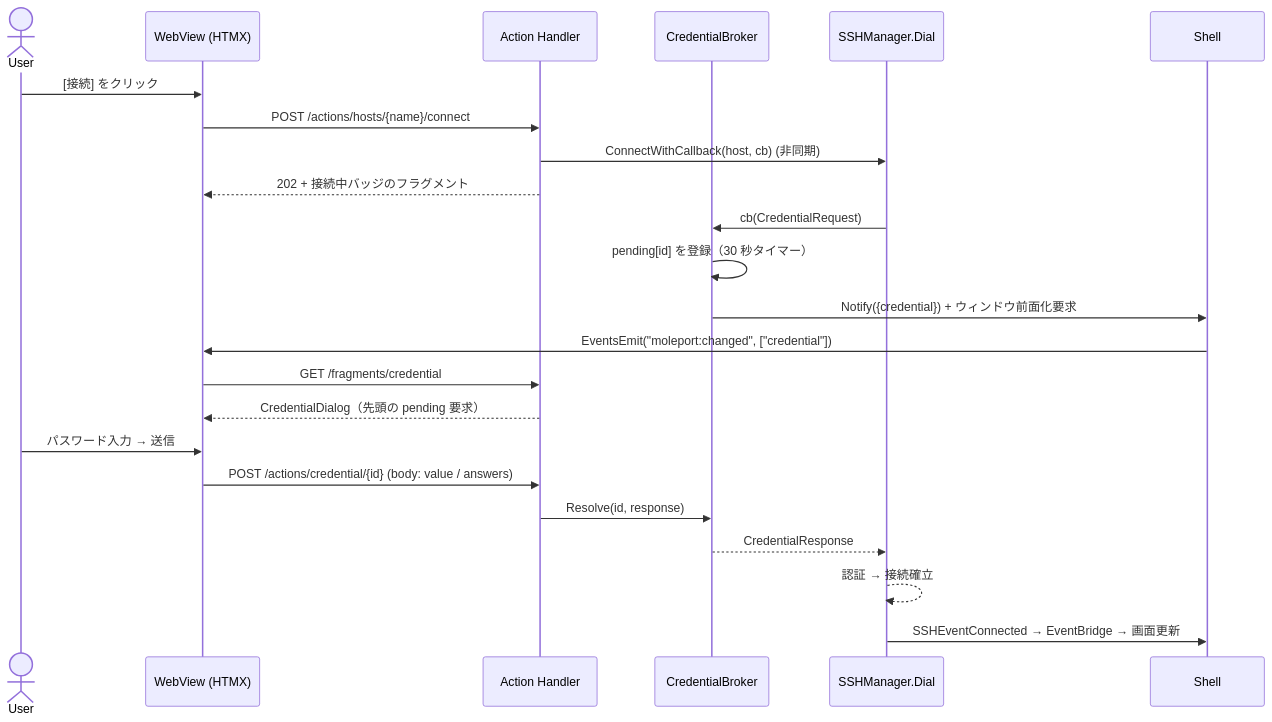
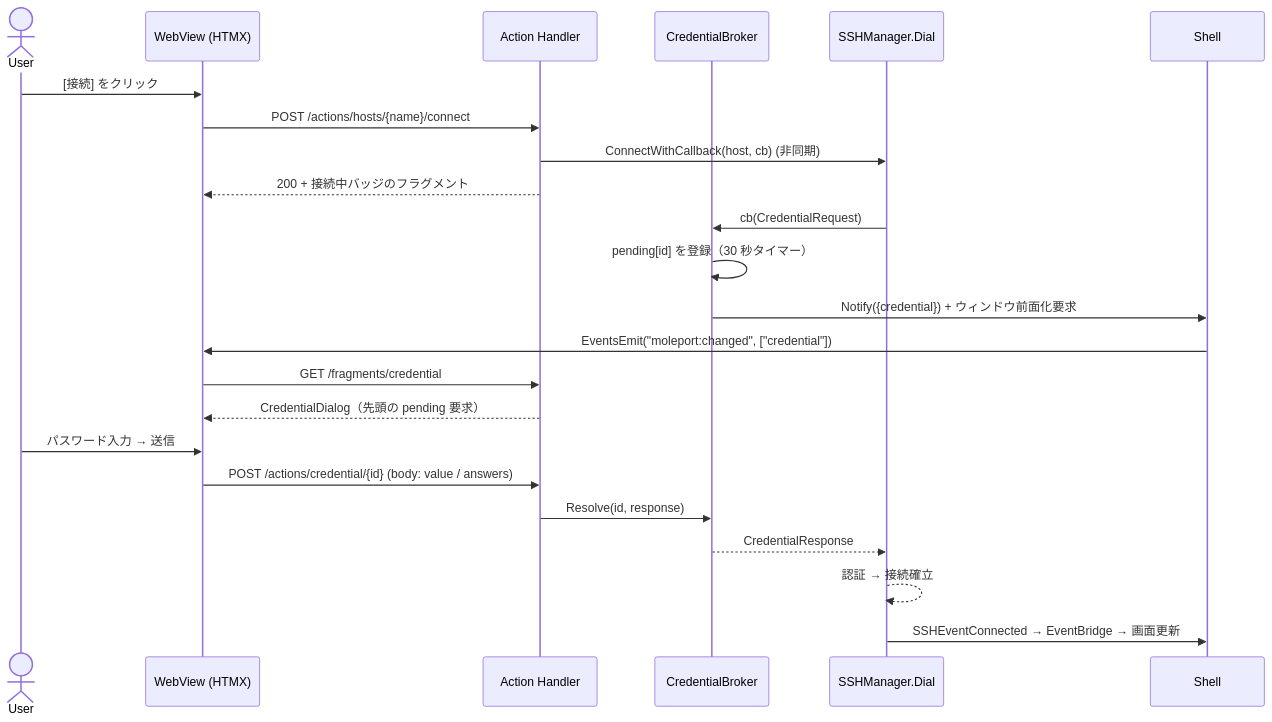
The sixth of 7 diagrams in docs/architecture/gui.md (ousiassllc/MolePort), drawn with Mermaid before and after one commit. The commit also changed other lines of this file and 60 other files, not shown here.

````diff
--- a/docs/architecture/gui.md
+++ b/docs/architecture/gui.md
@@ -350,26 +350,26 @@
 ```mermaid
 sequenceDiagram
     actor User
     participant UI as WebView (HTMX)
     participant H as Action Handler
     participant Cred as CredentialBroker
     participant Core as SSHManager.Dial
     participant Shell
 
     User->>UI: [接続] をクリック
     UI->>H: POST /actions/hosts/{name}/connect
     H->>Core: ConnectWithCallback(host, cb) (非同期)
-    H-->>UI: 202 + 接続中バッジのフラグメント
+    H-->>UI: 200 + 接続中バッジのフラグメント
     Core->>Cred: cb(CredentialRequest)
     Cred->>Cred: pending[id] を登録（30 秒タイマー）
     Cred->>Shell: Notify({credential}) + ウィンドウ前面化要求
     Shell->>UI: EventsEmit("moleport:changed", ["credential"])
     UI->>H: GET /fragments/credential
     H-->>UI: CredentialDialog（先頭の pending 要求）
     User->>UI: パスワード入力 → 送信
     UI->>H: POST /actions/credential/{id} (body: value / answers)
     H->>Cred: Resolve(id, response)
     Cred-->>Core: CredentialResponse
     Core-->>Core: 認証 → 接続確立
     Core->>Shell: SSHEventConnected → EventBridge → 画面更新
 ```
````
